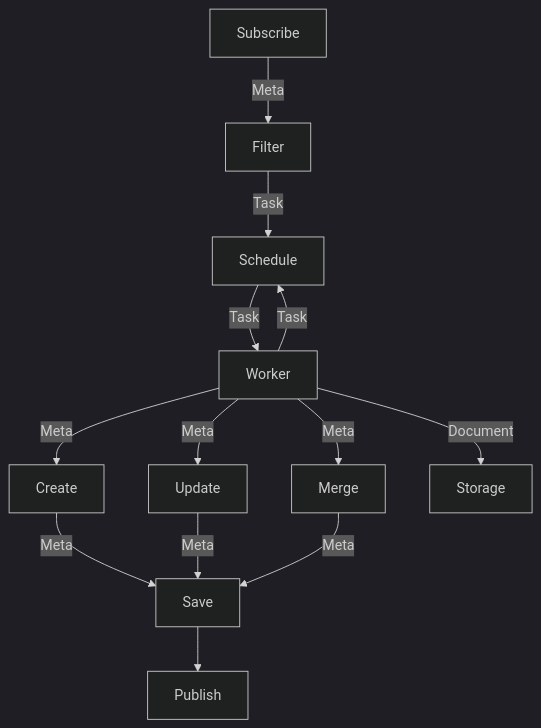
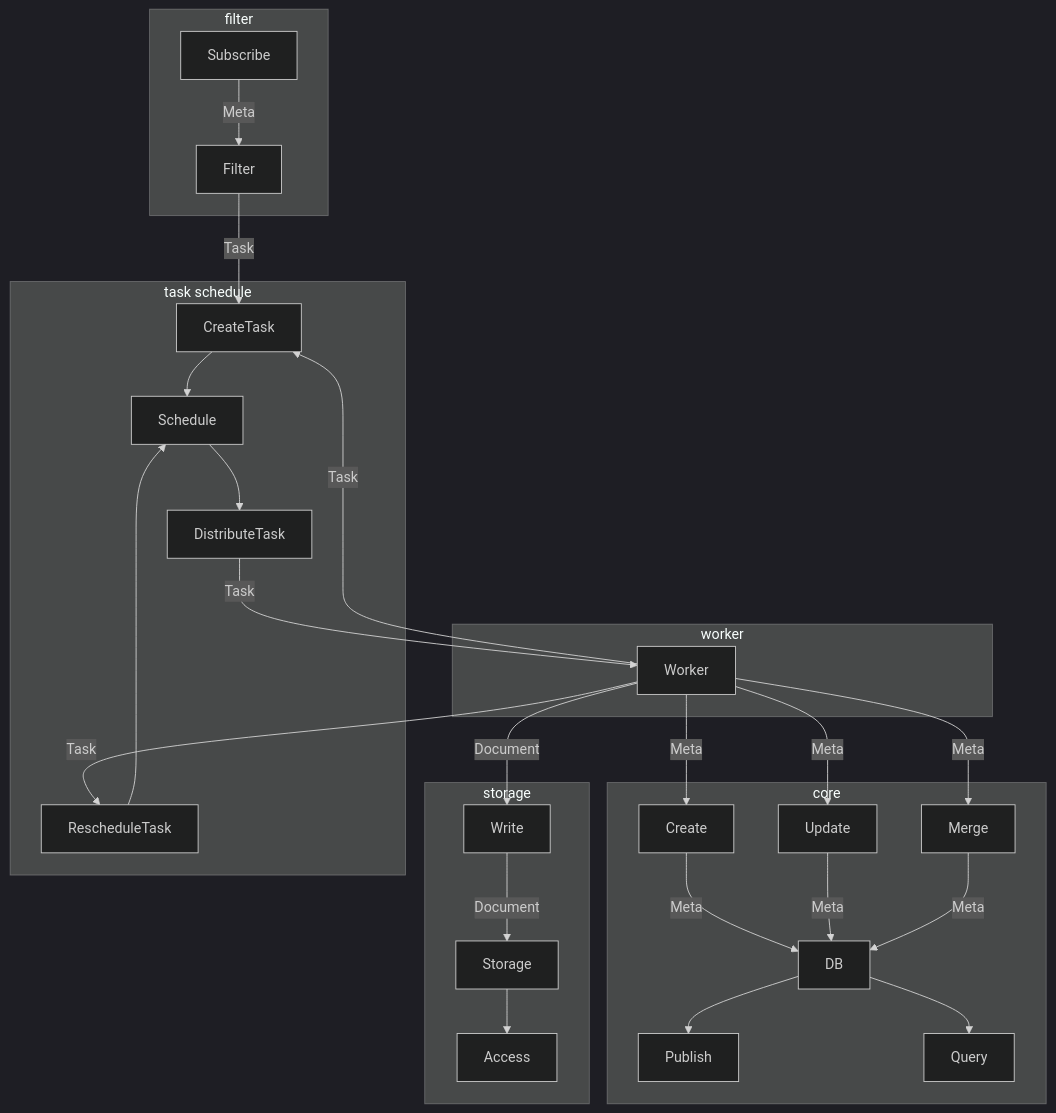
The diagram in docs/System Design.v2.md (ncwhale/squirrel-core), drawn with Mermaid (dark theme) before and after one commit. The commit also changed other lines of this file, not shown here.

Commit message:
Update system design graph.

````diff
--- a/docs/System Design.v2.md
+++ b/docs/System Design.v2.md
@@ -5,13 +5,29 @@
 ```mermaid
 graph TD
-  Create--Meta-->Save-->Publish
-  Update--Meta-->Save
-  Merge--Meta-->Save
-  Subscribe--Meta-->Filter--Task-->Schedule
-  Schedule--Task-->Worker
-  Worker--Meta-->Create
-  Worker--Meta-->Update
-  Worker--Meta-->Merge
-  Worker--Task-->Schedule
-  Worker--Document-->Storage
+  subgraph core
+    Create--Meta-->DB-->Publish
+    Update--Meta-->DB
+    Merge--Meta-->DB 
+    DB-->Query
+  end
+  subgraph storage
+    Write--Document-->Storage
+    Storage-->Access
+  end
+  subgraph task schedule
+    CreateTask-->Schedule-->DistributeTask
+    RescheduleTask-->Schedule
+  end
+  subgraph filter
+    Subscribe--Meta-->Filter--Task-->CreateTask
+  end
+  subgraph worker
+    DistributeTask--Task-->Worker
+    Worker--Meta-->Create
+    Worker--Meta-->Update
+    Worker--Meta-->Merge
+    Worker--Task-->CreateTask
+    Worker--Task-->RescheduleTask
+    Worker--Document-->Write
+  end
 ```
````
